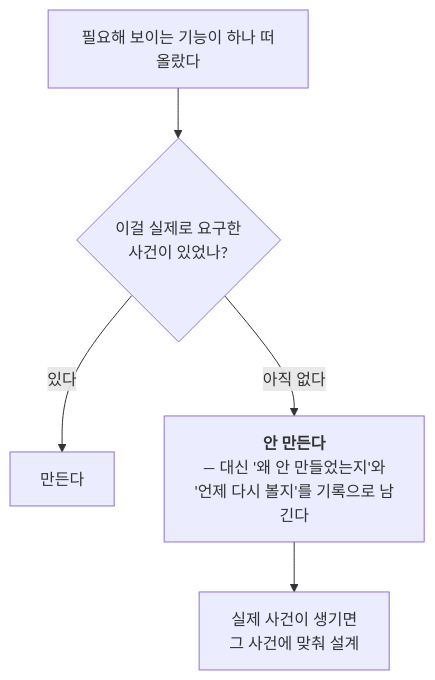
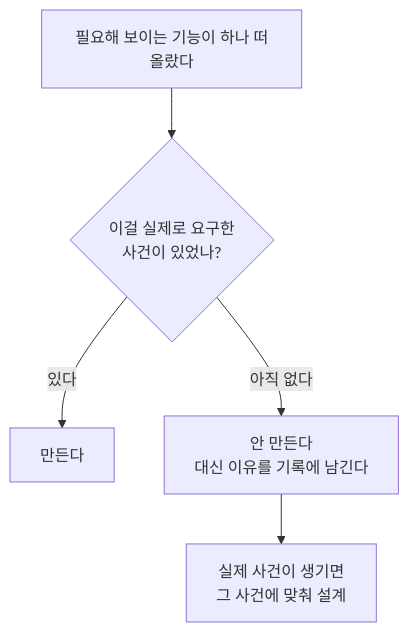
The diagram in docs/real-world-vs-aise.md (Alex2006-KOR/aise-org-site), drawn with Mermaid before and after one commit. The commit also changed other lines of this file and 20 other files, not shown here.

````diff
--- a/docs/real-world-vs-aise.md
+++ b/docs/real-world-vs-aise.md
@@ -39,8 +51,8 @@
 ```mermaid
 flowchart TB
   Q["필요해 보이는 기능이 하나 떠올랐다"]
   Q --> C{"이걸 실제로 요구한<br/>사건이 있었나?"}
   C -->|"있다"| B["만든다"]
-  C -->|"아직 없다"| D["<b>안 만든다</b><br/>— 대신 '왜 안 만들었는지'와<br/>'언제 다시 볼지'를 기록으로 남긴다"]
+  C -->|"아직 없다"| D["안 만든다<br/>대신 이유를 기록에 남긴다"]
   D --> E["실제 사건이 생기면<br/>그 사건에 맞춰 설계"]
 ```
````
